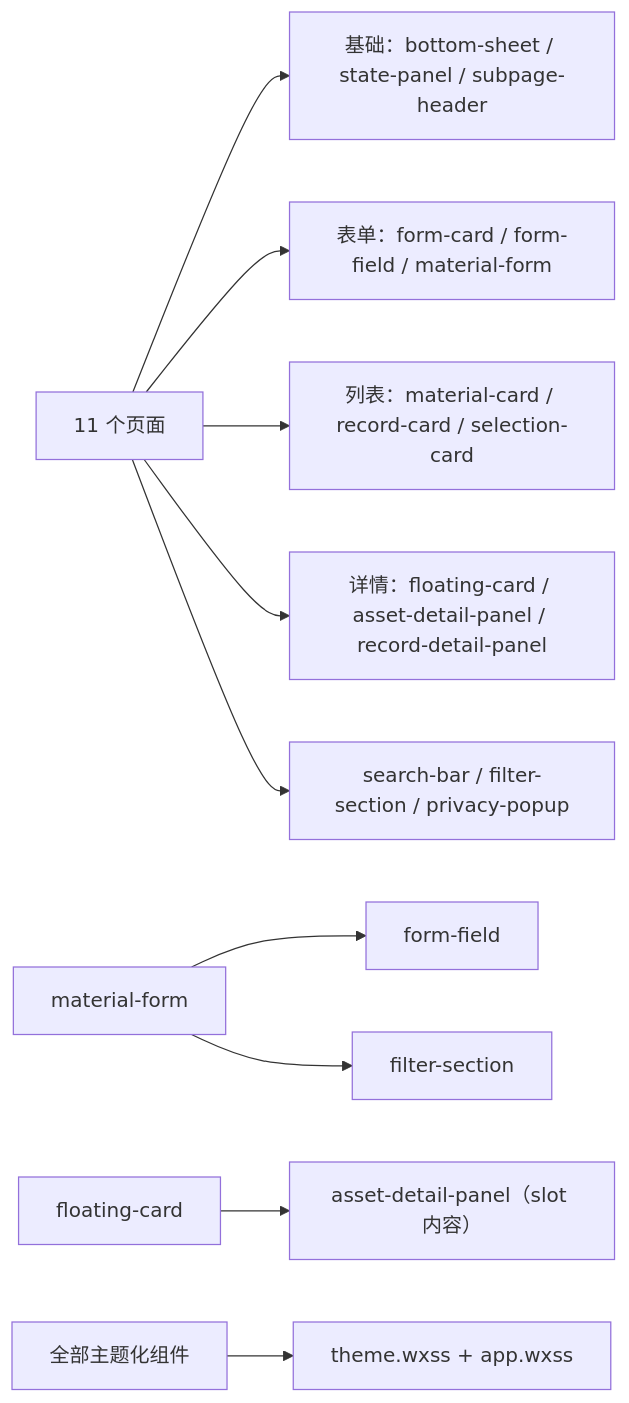
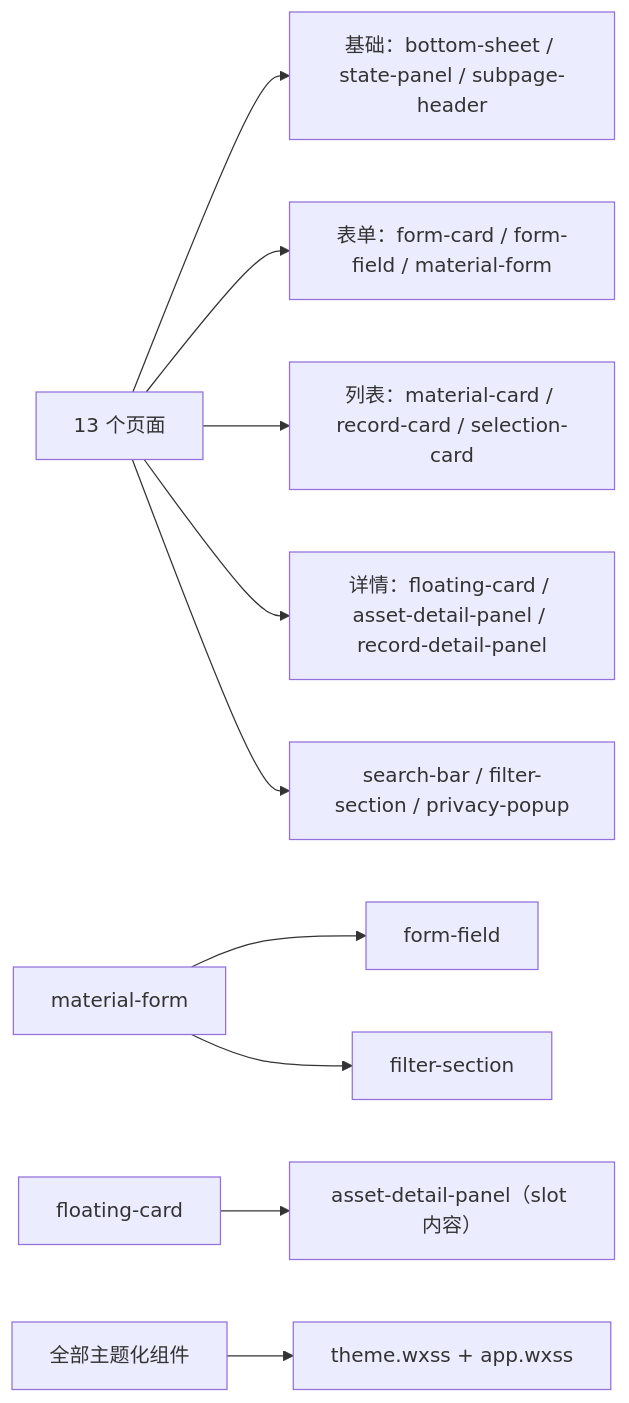
The second of 2 diagrams in docs/ui-architecture-audit.md (aishuohuadebenrenyi/MasterPiece), drawn with Mermaid before and after one commit. The commit also changed other lines of this file and 38 other files, not shown here.

Commit message:
feat: add settings feedback and refine data flows

````diff
--- a/docs/ui-architecture-audit.md
+++ b/docs/ui-architecture-audit.md
@@ -124,12 +124,12 @@
 ```mermaid
 flowchart LR
-  Pages["11 个页面"] --> Foundation["基础：bottom-sheet / state-panel / subpage-header"]
+  Pages["13 个页面"] --> Foundation["基础：bottom-sheet / state-panel / subpage-header"]
   Pages --> Forms["表单：form-card / form-field / material-form"]
   Pages --> Lists["列表：material-card / record-card / selection-card"]
   Pages --> Detail["详情：floating-card / asset-detail-panel / record-detail-panel"]
   Pages --> Utility["search-bar / filter-section / privacy-popup"]
   MaterialForm["material-form"] --> FormField["form-field"]
   MaterialForm --> FilterSection["filter-section"]
   FloatingCard["floating-card"] --> AssetPanel["asset-detail-panel（slot 内容）"]
   Components["全部主题化组件"] --> Theme["theme.wxss + app.wxss"]
 ```
````
